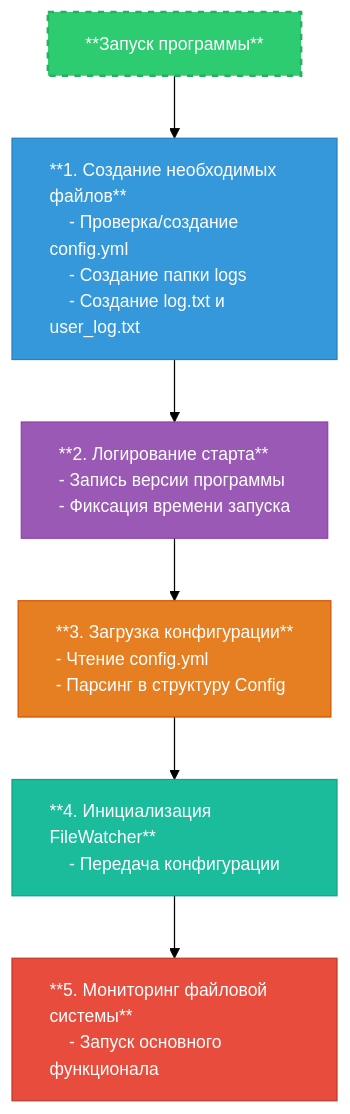
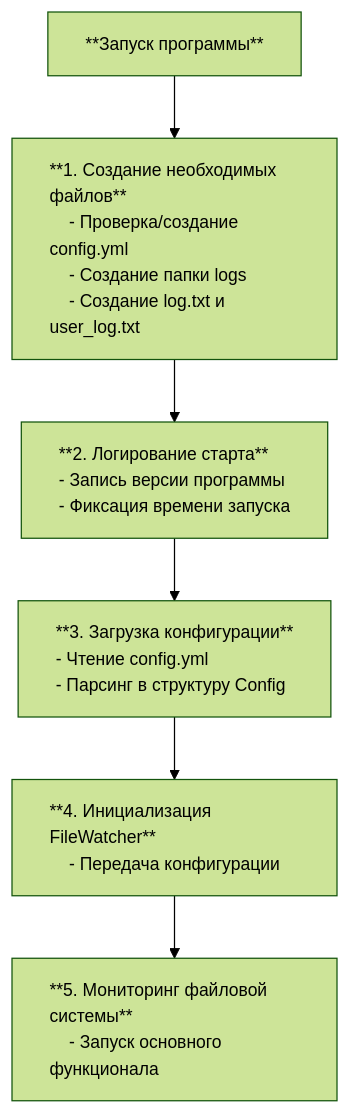
One commit to TheTwitchAnthem/Eyzon changed the diagram in болк схема.md. Above: the diagram before and after it, drawn with Mermaid (forest theme).

Commit message:
Update болк схема.md

````diff
--- a/болк схема.md
+++ b/болк схема.md
@@ -3,31 +3,30 @@
 ```mermaid
 flowchart TB
     A["**Запуск программы**"] 
-    style A fill:#2ecc71,stroke:#27ae60,color:white,stroke-width:2px,stroke-dasharray: 5 5
 
     A --> B["**1. Создание необходимых файлов**
     - Проверка/создание config.yml
     - Создание папки logs
     - Создание log.txt и user_log.txt"]
-    style B fill:#3498db,stroke:#2980b9,color:white
+  
 
     B --> C["**2. Логирование старта**
     - Запись версии программы
     - Фиксация времени запуска"]
-    style C fill:#9b59b6,stroke:#8e44ad,color:white
+  
 
     C --> D["**3. Загрузка конфигурации**
     - Чтение config.yml
     - Парсинг в структуру Config"]
-    style D fill:#e67e22,stroke:#d35400,color:white
+  
 
     D --> E["**4. Инициализация FileWatcher**
     - Передача конфигурации"]
-    style E fill:#1abc9c,stroke:#16a085,color:white
+
 
     E --> F["**5. Мониторинг файловой системы**
     - Запуск основного функционала"]
-    style F fill:#e74c3c,stroke:#c0392b,color:white
+  
 
     classDef default font-family:Helvetica,font-size:14px,text-align:left
 ```
````
